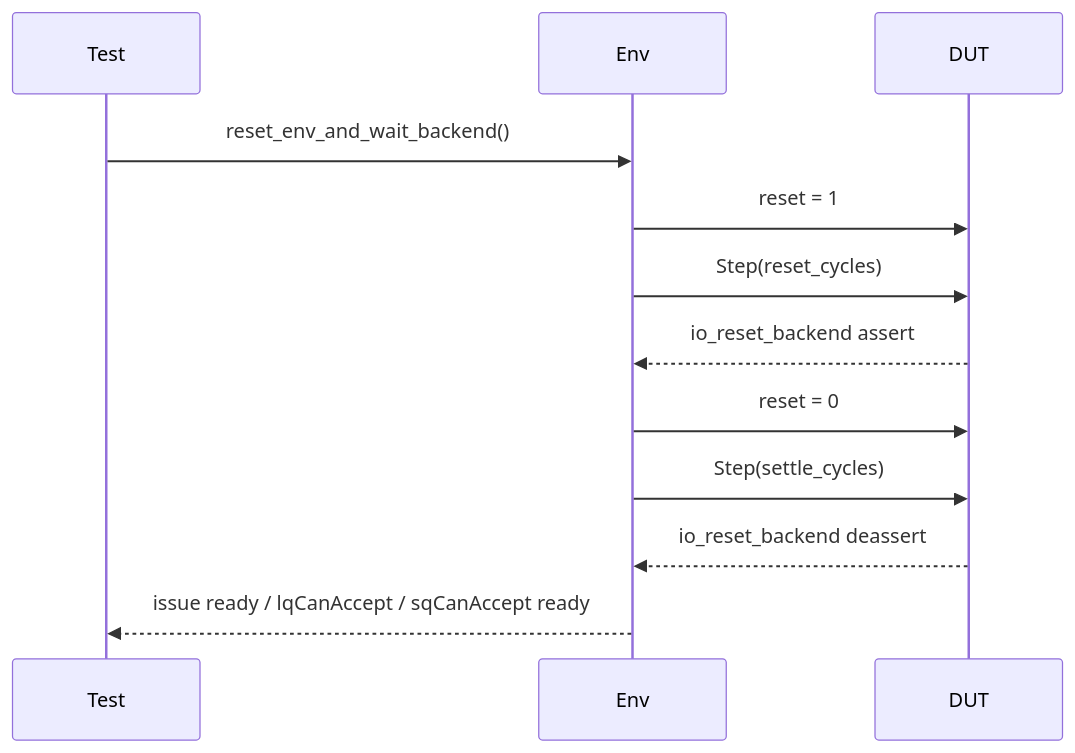
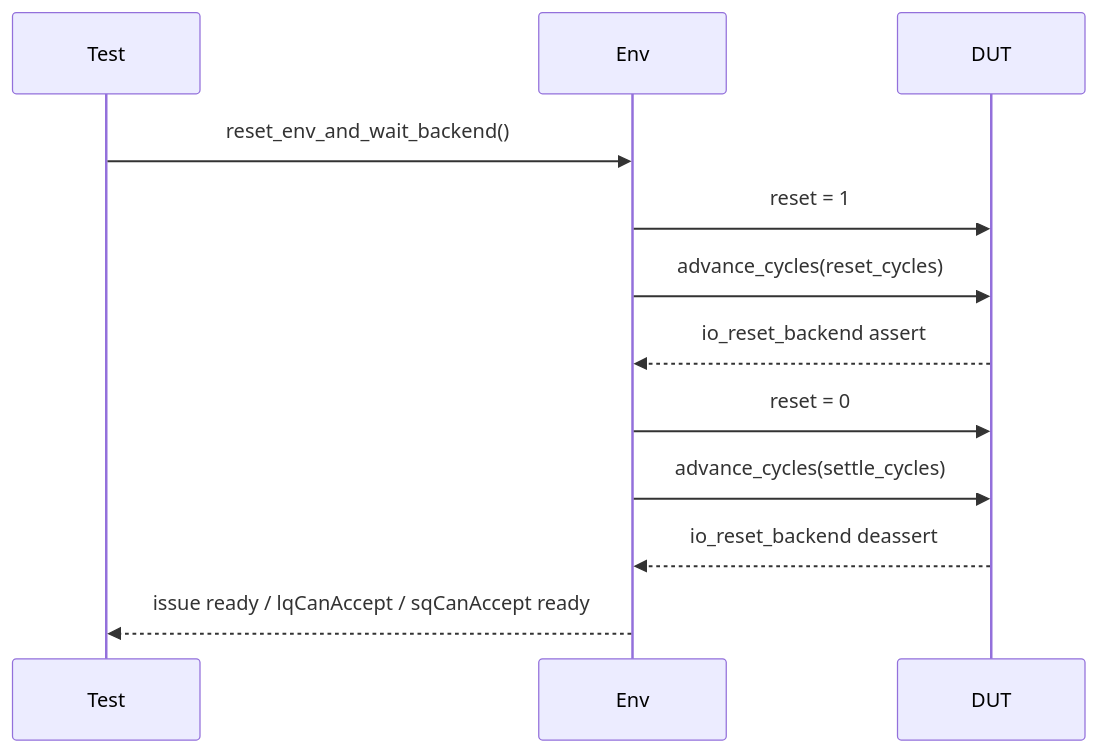
The first of 3 diagrams in src/test/python/MemBlock/docs/test_sequence_and_extension_guide.md (tuke-code/XiangShan), drawn with Mermaid before and after one commit. The commit also changed 12 other files, not shown here.

````diff
--- a/src/test/python/MemBlock/docs/test_sequence_and_extension_guide.md
+++ b/src/test/python/MemBlock/docs/test_sequence_and_extension_guide.md
@@ -48,15 +48,15 @@
 ```mermaid
 sequenceDiagram
     participant T as Test
     participant E as Env
     participant D as DUT
 
     T->>E: reset_env_and_wait_backend()
     E->>D: reset = 1
-    E->>D: Step(reset_cycles)
+    E->>D: advance_cycles(reset_cycles)
     D-->>E: io_reset_backend assert
     E->>D: reset = 0
-    E->>D: Step(settle_cycles)
+    E->>D: advance_cycles(settle_cycles)
     D-->>E: io_reset_backend deassert
     E-->>T: issue ready / lqCanAccept / sqCanAccept ready
 ```
````
